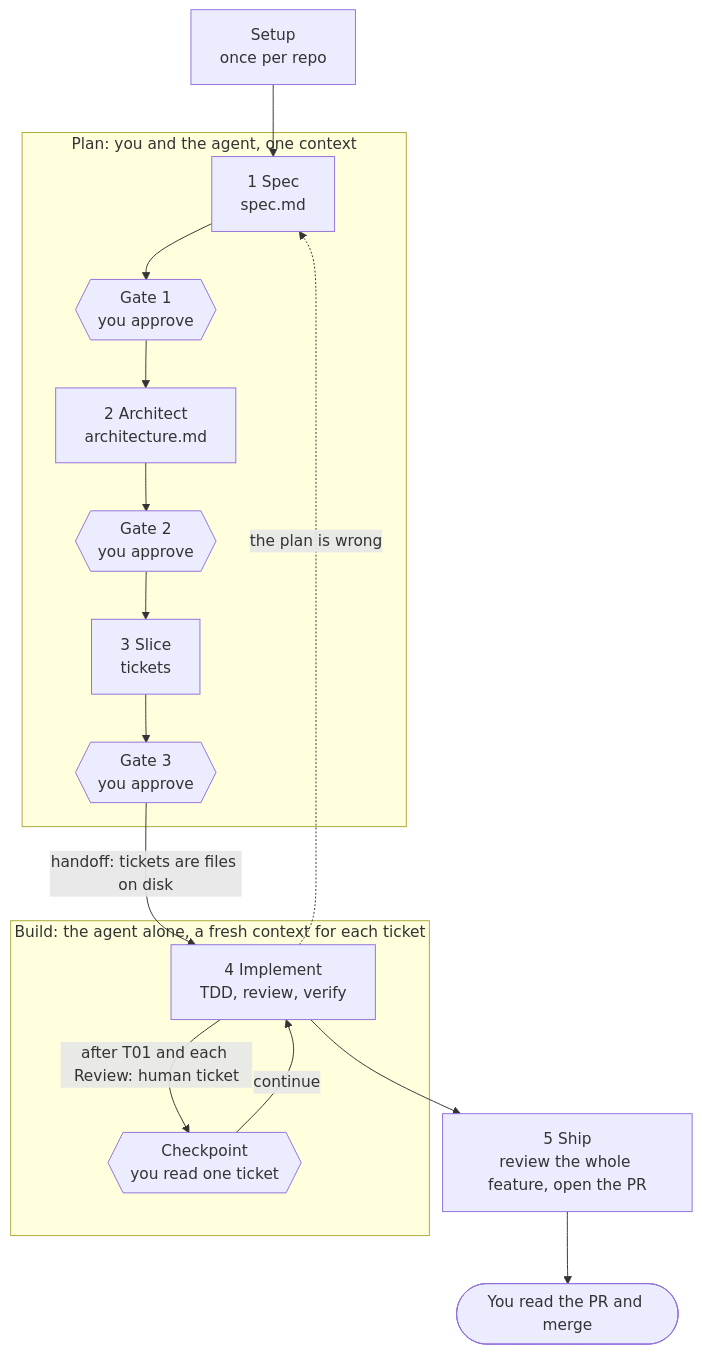
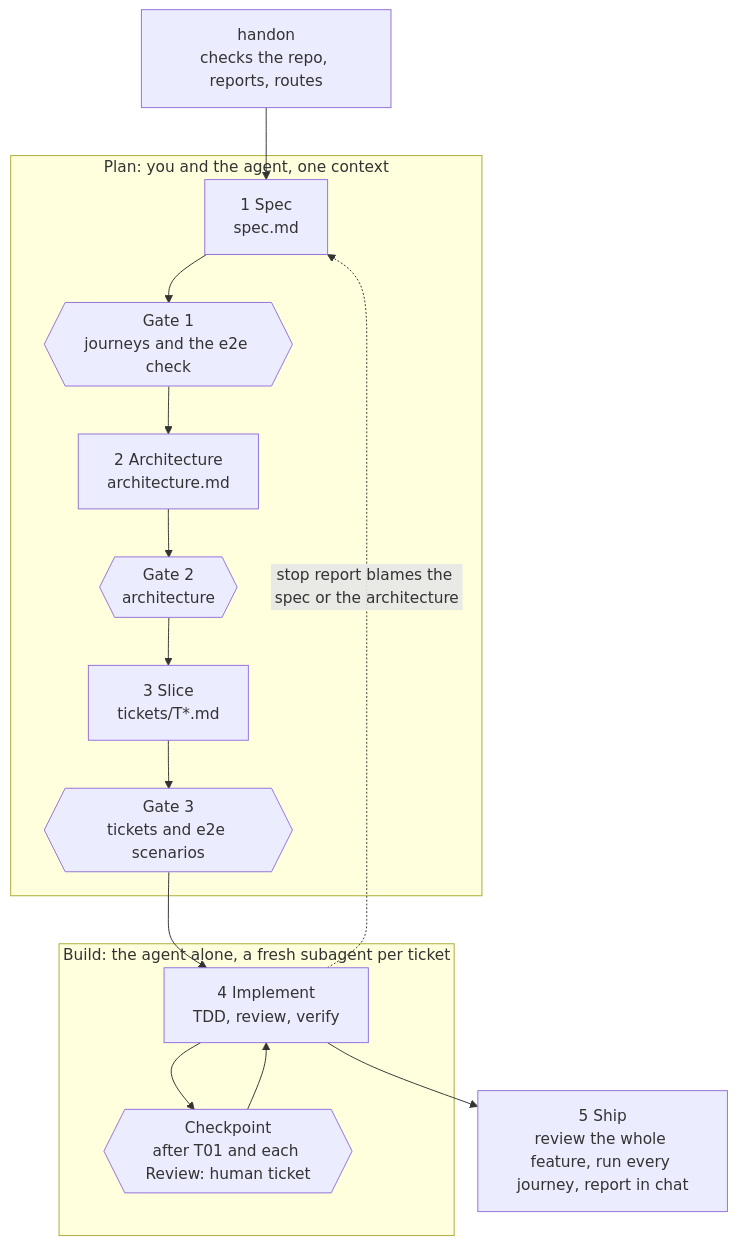
The first of 2 diagrams in docs/workflow.md (harrymadison297/harry-skills), drawn with Mermaid before and after one commit. The commit also changed other lines of this file and 7 other files, not shown here.

````diff
--- a/docs/workflow.md
+++ b/docs/workflow.md
@@ -9,29 +9,23 @@
 ```mermaid
 flowchart TD
-	setup["Setup<br/>once per repo"]
+	h["handon<br/>checks the repo, reports, routes"]
 
 	subgraph plan["Plan: you and the agent, one context"]
-		s1["1 Spec<br/>spec.md"]
-		g1{{"Gate 1<br/>you approve"}}
-		s2["2 Architect<br/>architecture.md"]
-		g2{{"Gate 2<br/>you approve"}}
-		s3["3 Slice<br/>tickets"]
-		g3{{"Gate 3<br/>you approve"}}
-		s1 --> g1 --> s2 --> g2 --> s3 --> g3
+		s1["1 Spec<br/>spec.md"] --> g1{{"Gate 1<br/>journeys and the e2e check"}}
+		g1 --> s2["2 Architecture<br/>architecture.md"] --> g2{{"Gate 2<br/>architecture"}}
+		g2 --> s3["3 Slice<br/>tickets/T*.md"] --> g3{{"Gate 3<br/>tickets and e2e scenarios"}}
 	end
 
-	subgraph build["Build: the agent alone, a fresh context for each ticket"]
+	subgraph build["Build: the agent alone, a fresh subagent per ticket"]
 		s4["4 Implement<br/>TDD, review, verify"]
-		cp{{"Checkpoint<br/>you read one ticket"}}
-		s4 -- "after T01 and each Review: human ticket" --> cp
-		cp -- "continue" --> s4
+		cp{{"Checkpoint<br/>after T01 and each Review: human ticket"}}
+		s4 --> cp --> s4
 	end
 
-	s5["5 Ship<br/>review the whole feature, open the PR"]
-	merge(["You read the PR and merge"])
+	s5["5 Ship<br/>review the whole feature, run every journey, report in chat"]
 
-	setup --> s1
-	g3 -- "handoff: tickets are files on disk" --> s4
-	s4 -. "the plan is wrong" .-> s1
-	s4 --> s5 --> merge
+	h --> s1
+	g3 --> s4
+	s4 -. "stop report blames the spec or the architecture" .-> s1
+	s4 --> s5
 ```
````
